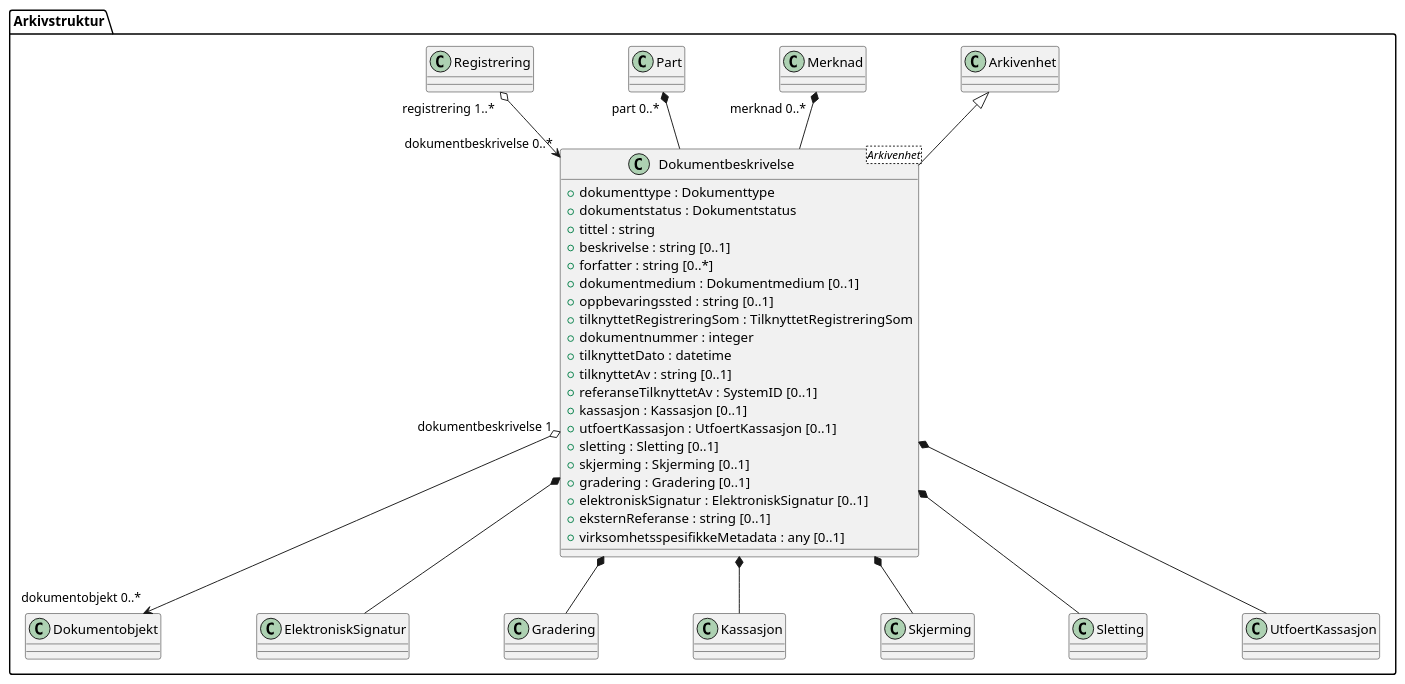
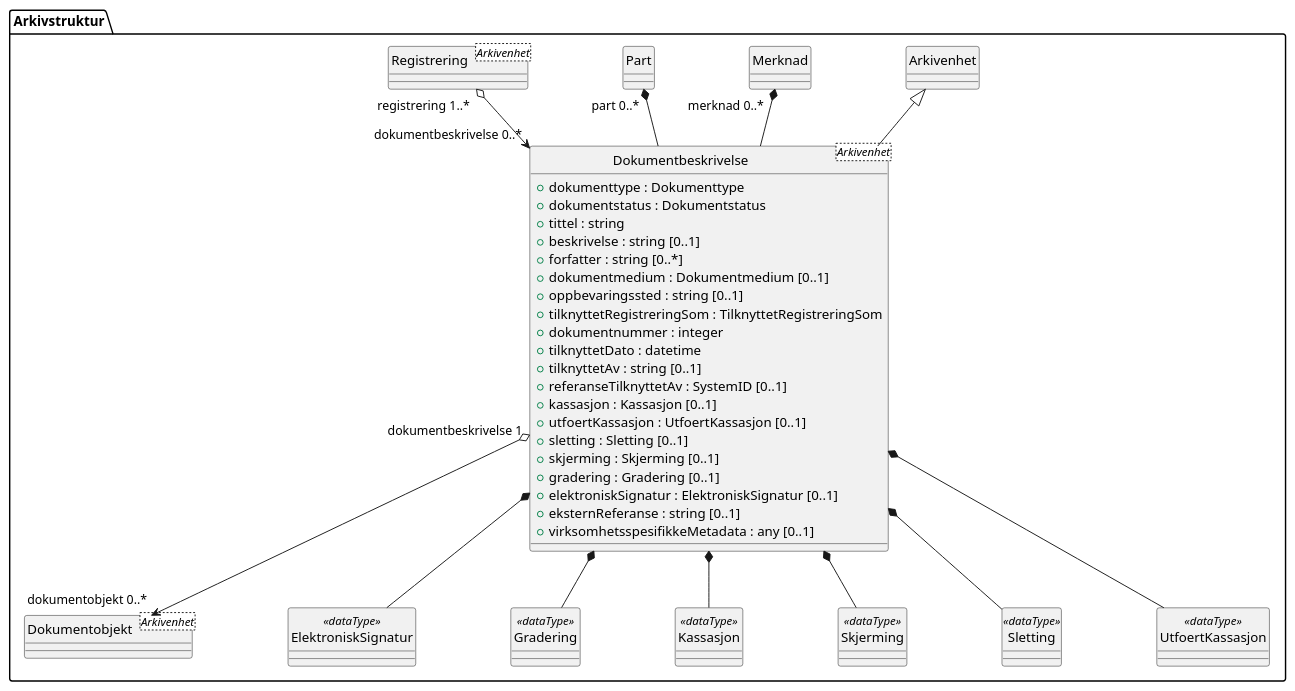
Before and after one commit to arkivverket/noark5-tjenestegrensesnitt-standard: the diagram in kapitler/media/uml-class-dokumentbeskrivelse.puml, drawn with PlantUML. The commit also changed 40 other files, not shown here.

Commit message:
Oppdater UML-diagram med arv og stereotyper.

```diff
--- a/kapitler/media/uml-class-dokumentbeskrivelse.puml
+++ b/kapitler/media/uml-class-dokumentbeskrivelse.puml
@@ -1,36 +1,59 @@
 @startuml
 skinparam nodesep 100
+hide circle
 class Arkivstruktur.Dokumentbeskrivelse <Arkivenhet> {
   +dokumenttype : Dokumenttype
   +dokumentstatus : Dokumentstatus
   +tittel : string
   +beskrivelse : string [0..1]
   +forfatter : string [0..*]
   +dokumentmedium : Dokumentmedium [0..1]
   +oppbevaringssted : string [0..1]
   +tilknyttetRegistreringSom : TilknyttetRegistreringSom
   +dokumentnummer : integer
   +tilknyttetDato : datetime
   +tilknyttetAv : string [0..1]
   +referanseTilknyttetAv : SystemID [0..1]
   +kassasjon : Kassasjon [0..1]
   +utfoertKassasjon : UtfoertKassasjon [0..1]
   +sletting : Sletting [0..1]
   +skjerming : Skjerming [0..1]
   +gradering : Gradering [0..1]
   +elektroniskSignatur : ElektroniskSignatur [0..1]
   +eksternReferanse : string [0..1]
   +virksomhetsspesifikkeMetadata : any [0..1]
 }
+class Arkivstruktur.Arkivenhet {
+}
 Arkivstruktur.Arkivenhet <|-- Arkivstruktur.Dokumentbeskrivelse
+class Arkivstruktur.Dokumentobjekt <Arkivenhet> {
+}
 Arkivstruktur.Dokumentbeskrivelse "dokumentbeskrivelse 1" o--> "dokumentobjekt 0..*" Arkivstruktur.Dokumentobjekt
+class Arkivstruktur.ElektroniskSignatur <<dataType>> {
+}
 Arkivstruktur.Dokumentbeskrivelse *-- Arkivstruktur.ElektroniskSignatur
+class Arkivstruktur.Gradering <<dataType>> {
+}
 Arkivstruktur.Dokumentbeskrivelse *-- Arkivstruktur.Gradering
+class Arkivstruktur.Kassasjon <<dataType>> {
+}
 Arkivstruktur.Dokumentbeskrivelse *-- Arkivstruktur.Kassasjon
+class Arkivstruktur.Skjerming <<dataType>> {
+}
 Arkivstruktur.Dokumentbeskrivelse *-- Arkivstruktur.Skjerming
+class Arkivstruktur.Sletting <<dataType>> {
+}
 Arkivstruktur.Dokumentbeskrivelse *-- Arkivstruktur.Sletting
+class Arkivstruktur.UtfoertKassasjon <<dataType>> {
+}
 Arkivstruktur.Dokumentbeskrivelse *-- Arkivstruktur.UtfoertKassasjon
+class Arkivstruktur.Merknad {
+}
 Arkivstruktur.Merknad "merknad 0..*" *-- Arkivstruktur.Dokumentbeskrivelse
+class Arkivstruktur.Part {
+}
 Arkivstruktur.Part "part 0..*" *-- Arkivstruktur.Dokumentbeskrivelse
+class Arkivstruktur.Registrering <Arkivenhet> {
+}
 Arkivstruktur.Registrering "registrering 1..*" o--> "dokumentbeskrivelse 0..*" Arkivstruktur.Dokumentbeskrivelse
 @enduml
```
